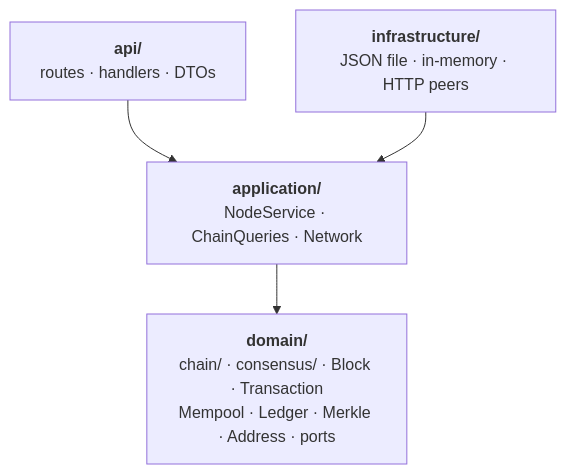
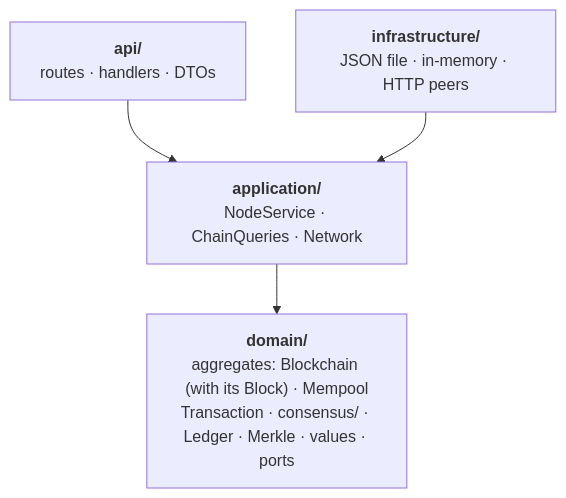
The fifth of 5 diagrams in README.md (alex-quiterio/blockchain-rs), drawn with Mermaid before and after one commit. The commit also changed other lines of this file and 14 other files, not shown here.

First line of the commit message:
Put the domain's two aggregates under domain/aggregates

````diff
--- a/README.md
+++ b/README.md
@@ -219,7 +219,7 @@
 ```mermaid
 flowchart TB
     api["<b>api/</b><br/>routes · handlers · DTOs"] --> app
     infra["<b>infrastructure/</b><br/>JSON file · in-memory · HTTP peers"] --> app
     app["<b>application/</b><br/>NodeService · ChainQueries · Network"] --> domain
-    domain["<b>domain/</b><br/>chain/ · consensus/ · Block · Transaction<br/>Mempool · Ledger · Merkle · Address · ports"]
+    domain["<b>domain/</b><br/>aggregates: Blockchain (with its Block) · Mempool<br/>Transaction · consensus/ · Ledger · Merkle · values · ports"]
 ```
````
